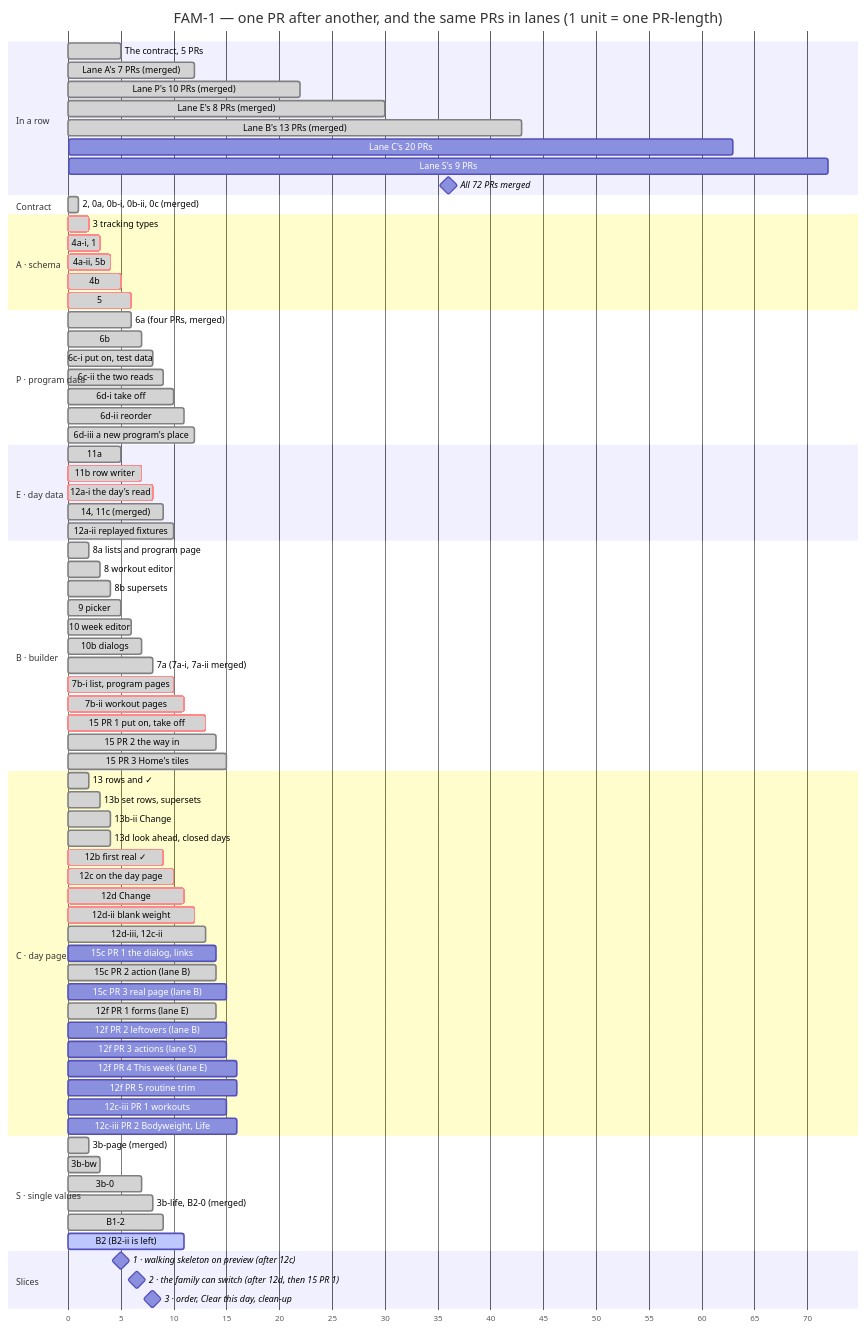
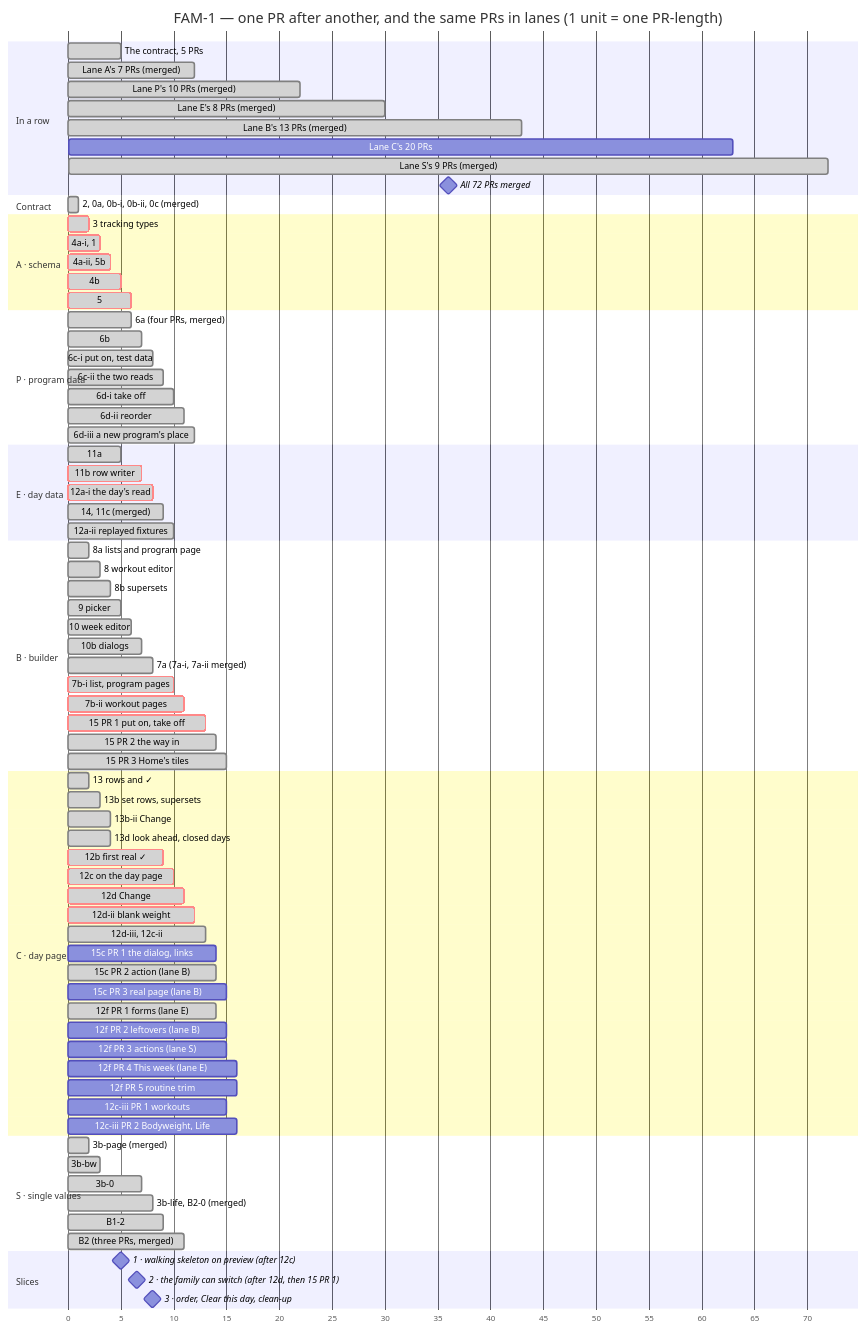
One commit to ralamode/mat-plan changed the second of 2 diagrams in docs/milestones/fam-1-family-program.md. Above: the diagram before and after it, drawn with Mermaid. The commit also changed other lines of this file and 2 other files, not shown here.

```diff
--- a/docs/milestones/fam-1-family-program.md
+++ b/docs/milestones/fam-1-family-program.md
@@ -271,7 +271,7 @@
   Lane E's 8 PRs (merged)      :done, r3, 22, 30
   Lane B's 13 PRs (merged)     :done, r4, 30, 43
   Lane C's 20 PRs              :r5, 43, 63
-  Lane S's 9 PRs               :r6, 63, 72
+  Lane S's 9 PRs (merged)      :done, r6, 63, 72
   All 72 PRs merged            :milestone, rm, 72, 72
 
   section Contract
@@ -341,7 +341,7 @@
   3b-0                         :done, s3, 6, 7
   3b-life, B2-0 (merged)       :done, s4, 7, 8
   B1-2                         :done, s5, 8, 9
-  B2 (B2-ii is left)           :active, s6, 10, 11
+  B2 (three PRs, merged)       :done, s6, 10, 11
 
   section Slices
   1 · walking skeleton on preview (after 12c) :milestone, m1, 10, 10
```
